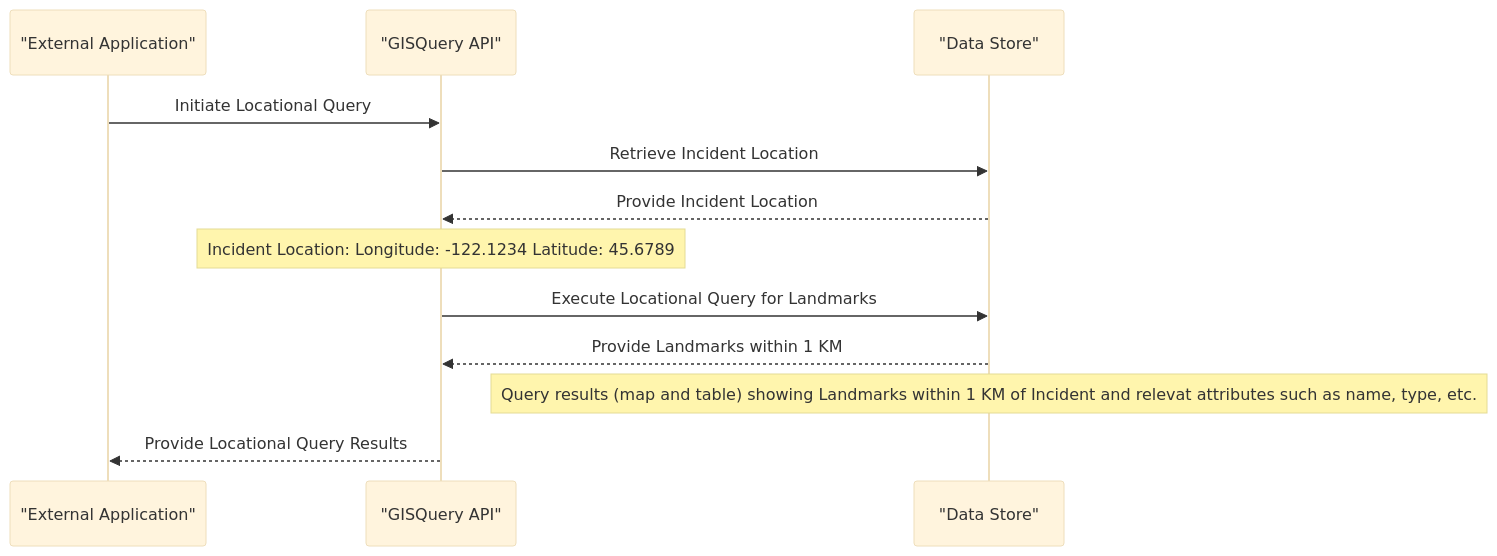
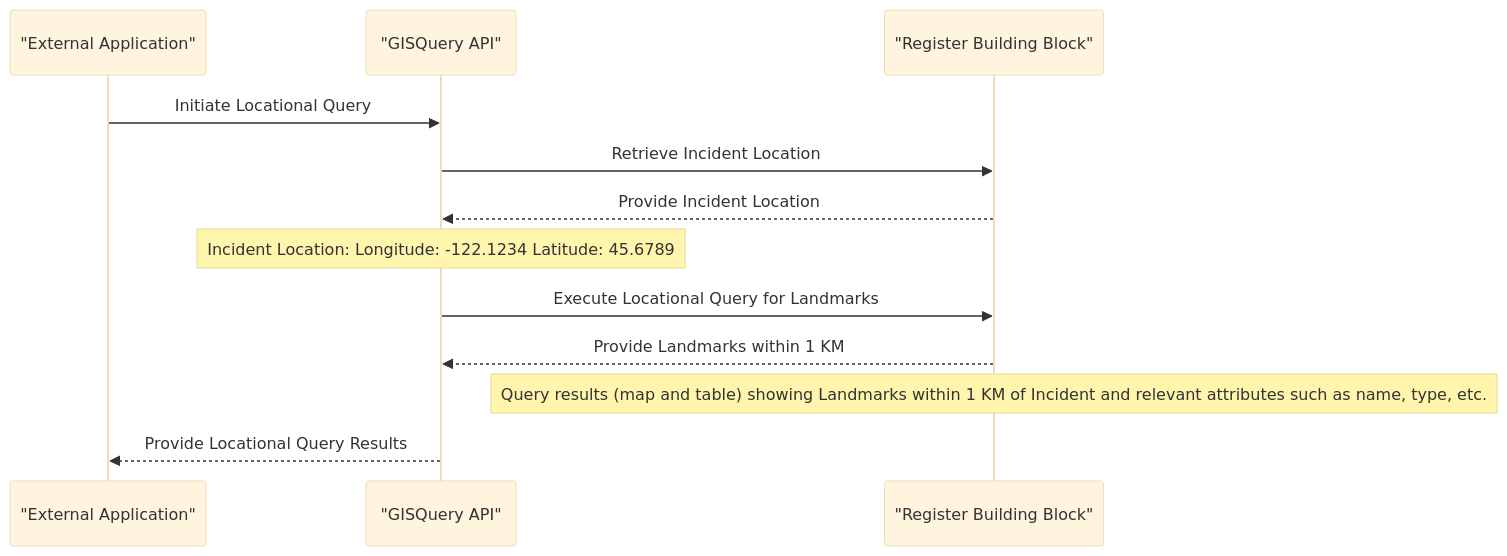
One commit to GovStackWorkingGroup/bb-gis changed the sixth of 18 diagrams in spec/9-workflows.md. Above: the diagram before and after it, drawn with Mermaid (base theme). The commit also changed other lines of this file and 20 other files, not shown here.

````diff
--- a/spec/9-workflows.md
+++ b/spec/9-workflows.md
@@ -187,16 +188,16 @@
 ```mermaid
 sequenceDiagram
   participant ExternalApp as "External Application"
   participant GISQueryAPI as "GISQuery API"
-  participant DataStore as "Data Store"
+  participant RegisterBB as "Register Building Block"
 
   ExternalApp ->> GISQueryAPI: Initiate Locational Query
-  GISQueryAPI ->> DataStore: Retrieve Incident Location
-  DataStore -->> GISQueryAPI: Provide Incident Location
+  GISQueryAPI ->> RegisterBB: Retrieve Incident Location
+  RegisterBB -->> GISQueryAPI: Provide Incident Location
   Note over GISQueryAPI: Incident Location: Longitude: -122.1234 Latitude: 45.6789
-  GISQueryAPI ->> DataStore: Execute Locational Query for Landmarks
-  DataStore -->> GISQueryAPI: Provide Landmarks within 1 KM
-  Note over DataStore: Query results (map and table) showing Landmarks within 1 KM of Incident and relevat attributes such as name, type, etc.
+  GISQueryAPI ->> RegisterBB: Execute Locational Query for Landmarks
+  RegisterBB -->> GISQueryAPI: Provide Landmarks within 1 KM
+  Note over RegisterBB: Query results (map and table) showing Landmarks within 1 KM of Incident and relevant attributes such as name, type, etc.
   GISQueryAPI -->> ExternalApp: Provide Locational Query Results
 
 ```
````
